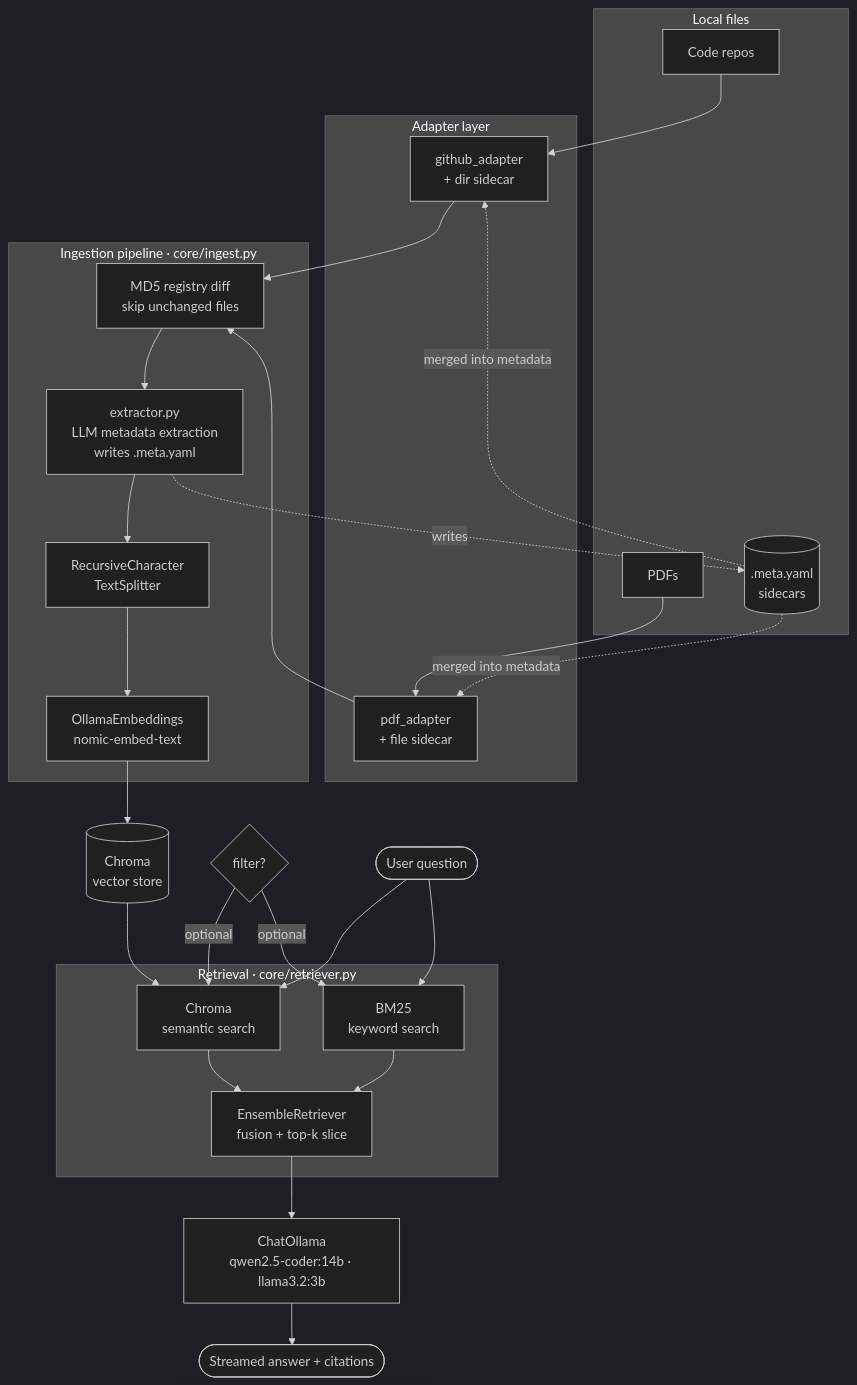
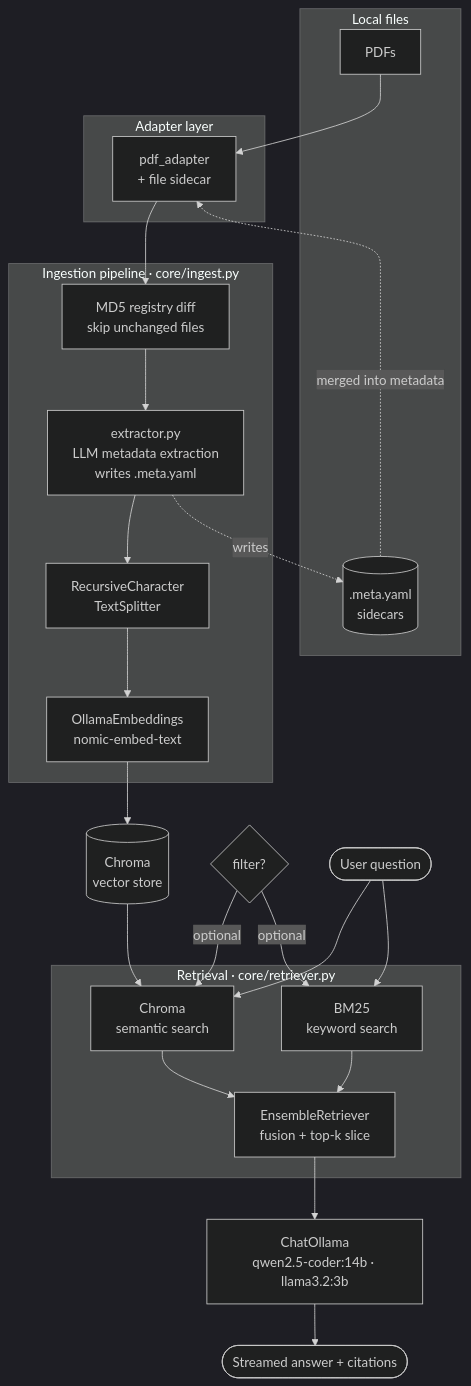
One commit to dneugebauer/locallang changed the second of 2 diagrams in README.md. Above: the diagram before and after it, drawn with Mermaid (dark theme). The commit also changed other lines of this file, not shown here.

Commit message:
docs: demote github repo adapter — reframe LocalLang as document RAG (PDF-first)

````diff
--- a/README.md
+++ b/README.md
@@ -191,40 +191,37 @@
 ```mermaid
 flowchart TD
     subgraph src ["Local files"]
-        S1[Code repos]
         S2[PDFs]
         M[(".meta.yaml\nsidecars")]
     end
 
     subgraph adapters ["Adapter layer"]
-        A1[github_adapter\n+ dir sidecar]
         A2[pdf_adapter\n+ file sidecar]
     end
 
     subgraph ingest ["Ingestion pipeline · core/ingest.py"]
         I1[MD5 registry diff\nskip unchanged files]
         I2[extractor.py\nLLM metadata extraction\nwrites .meta.yaml]
         I3[RecursiveCharacter\nTextSplitter]
         I4[OllamaEmbeddings\nnomic-embed-text]
     end
 
     subgraph retrieval ["Retrieval · core/retriever.py"]
         R1[Chroma\nsemantic search]
         R2[BM25\nkeyword search]
         R3[EnsembleRetriever\nfusion + top-k slice]
     end
 
-    S1 --> A1
     S2 --> A2
-    M -.->|merged into metadata| A1 & A2
+    M -.->|merged into metadata| A2
 
-    A1 & A2 --> I1 --> I2 --> I3 --> I4 --> DB[(Chroma\nvector store)]
+    A2 --> I1 --> I2 --> I3 --> I4 --> DB[(Chroma\nvector store)]
     I2 -.->|writes| M
 
     F{filter?} -->|optional| R1 & R2
     DB --> R1
     Q([User question]) --> R1 & R2
     R1 & R2 --> R3
     R3 --> LLM[ChatOllama\nqwen2.5-coder:14b · llama3.2:3b]
     LLM --> ANS([Streamed answer + citations])
 ```
````
